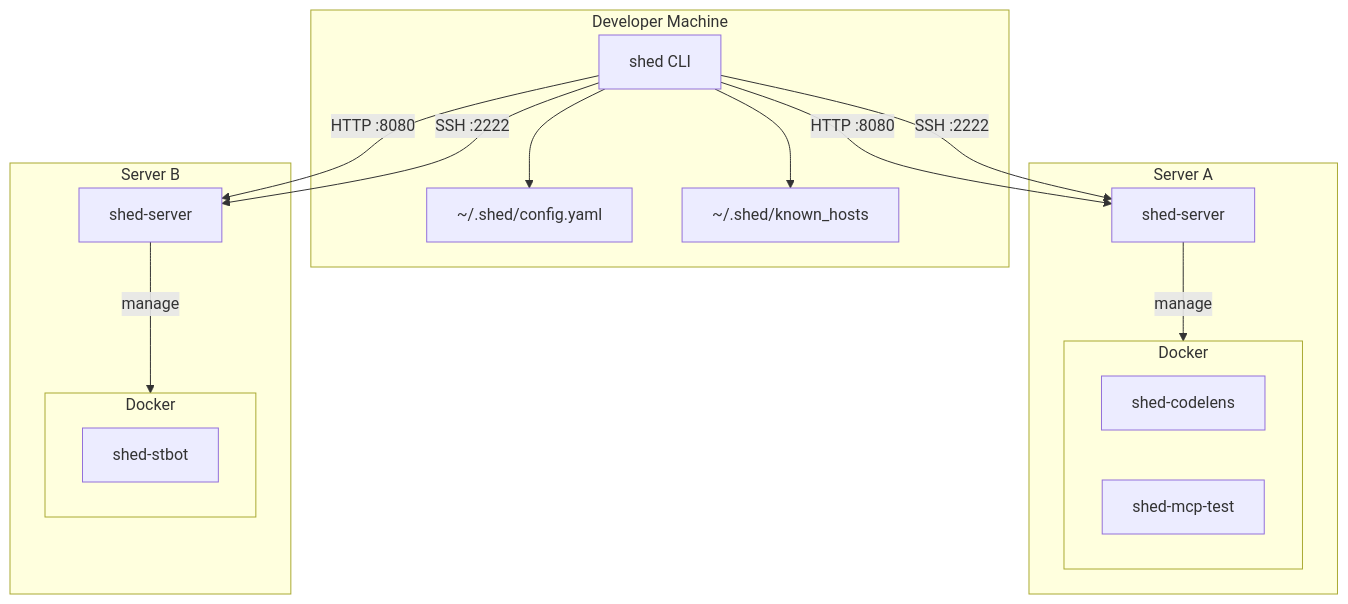
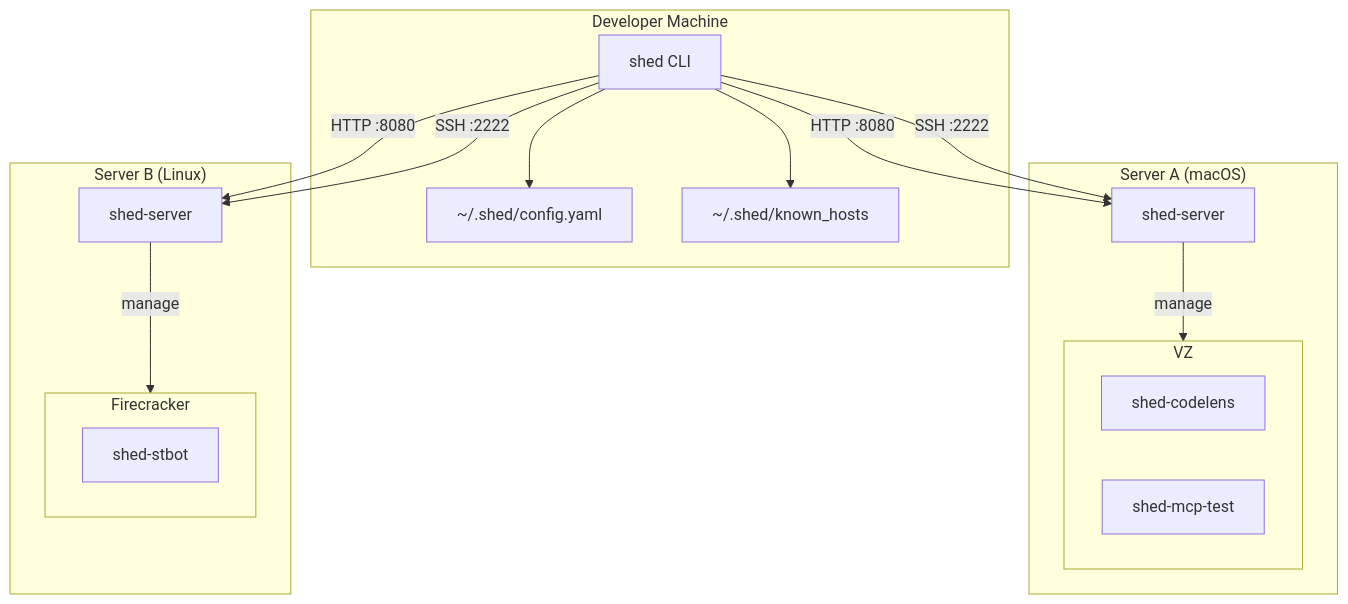
Before and after one commit to charliek/shed: the first of 6 diagrams in docs/development/architecture.md, drawn with Mermaid. The commit also changed other lines of this file and 53 other files, not shown here.

First line of the commit message:
Remove Docker backend, simplify to VZ and Firecracker only

````diff
--- a/docs/development/architecture.md
+++ b/docs/development/architecture.md
@@ -7,32 +7,32 @@
 ```mermaid
 flowchart TB
     subgraph client["Developer Machine"]
         CLI["shed CLI"]
         CONFIG["~/.shed/config.yaml"]
         HOSTS["~/.shed/known_hosts"]
         CLI --> CONFIG
         CLI --> HOSTS
     end
 
-    subgraph server1["Server A"]
+    subgraph server1["Server A (macOS)"]
         SERVER1["shed-server"]
-        subgraph docker1["Docker"]
-            C1["shed-codelens"]
-            C2["shed-mcp-test"]
+        subgraph vz1["VZ"]
+            VM1["shed-codelens"]
+            VM2["shed-mcp-test"]
         end
-        SERVER1 -->|"manage"| docker1
+        SERVER1 -->|"manage"| vz1
     end
 
-    subgraph server2["Server B"]
+    subgraph server2["Server B (Linux)"]
         SERVER2["shed-server"]
-        subgraph docker2["Docker"]
-            C3["shed-stbot"]
+        subgraph fc1["Firecracker"]
+            VM3["shed-stbot"]
         end
-        SERVER2 -->|"manage"| docker2
+        SERVER2 -->|"manage"| fc1
     end
 
     CLI -->|"HTTP :8080"| SERVER1
     CLI -->|"SSH :2222"| SERVER1
     CLI -->|"HTTP :8080"| SERVER2
     CLI -->|"SSH :2222"| SERVER2
 ```
````
